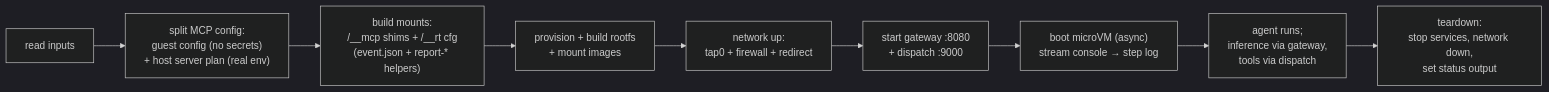
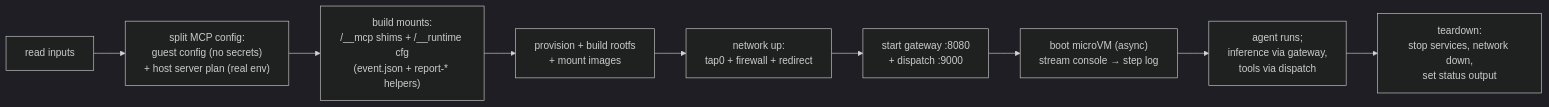
Before and after one commit to ericsciple/microvm-agent: the seventh of 7 diagrams in docs/architecture.md, drawn with Mermaid (dark theme). The commit also changed other lines of this file and 6 other files, not shown here.

````diff
--- a/docs/architecture.md
+++ b/docs/architecture.md
@@ -278,11 +278,11 @@
 ```mermaid
 flowchart LR
   I["read inputs"] --> P["split MCP config:<br/>guest config (no secrets)<br/>+ host server plan (real env)"]
-  P --> B["build mounts:<br/>/__mcp shims + /__rt cfg<br/>(event.json + report-* helpers)"]
+  P --> B["build mounts:<br/>/__mcp shims + /__runtime cfg<br/>(event.json + report-* helpers)"]
   B --> R["provision + build rootfs<br/>+ mount images"]
   R --> N["network up:<br/>tap0 + firewall + redirect"]
   N --> S["start gateway :8080<br/>+ dispatch :9000"]
   S --> V["boot microVM (async)<br/>stream console → step log"]
   V --> A["agent runs;<br/>inference via gateway,<br/>tools via dispatch"]
   A --> T["teardown:<br/>stop services, network down,<br/>set status output"]
 ```
````
